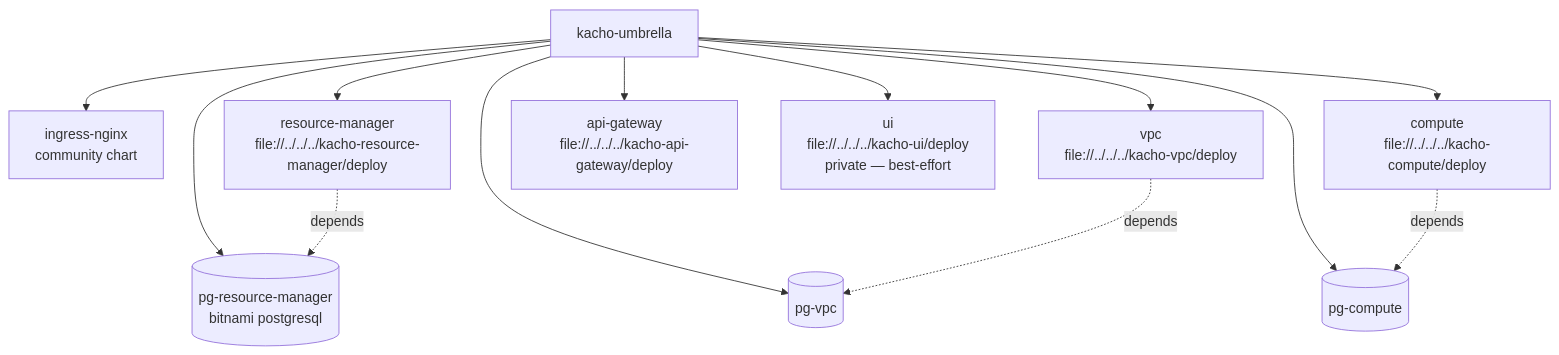
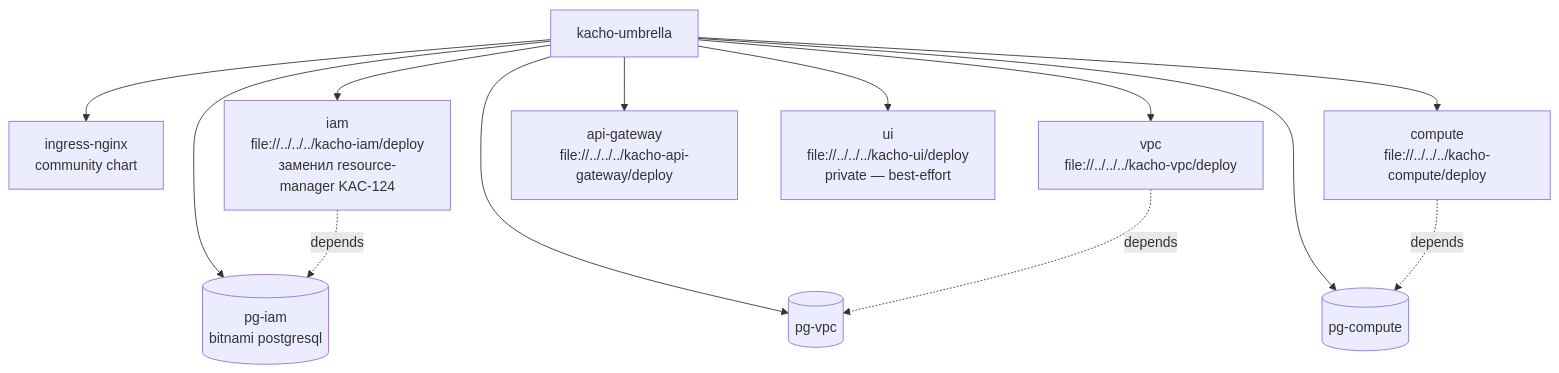
One commit to PRO-Robotech/kacho-workspace changed the second of 2 diagrams in obsidian/kacho/kacho-deploy/stack.md. Above: the diagram before and after it, drawn with Mermaid. The commit also changed other lines of this file and 18 other files, not shown here.

Commit message:
docs(KAC-268): purge stale FolderService/resource-manager refs → iam ProjectService

````diff
--- a/obsidian/kacho/kacho-deploy/stack.md
+++ b/obsidian/kacho/kacho-deploy/stack.md
@@ -45,29 +46,29 @@
 ```mermaid
 graph TD
     umbrella[kacho-umbrella]
     ingress[ingress-nginx<br/>community chart]
 
-    sc_rm[resource-manager<br/>file://../../../kacho-resource-manager/deploy]
+    sc_iam[iam<br/>file://../../../kacho-iam/deploy<br/>заменил resource-manager KAC-124]
     sc_vpc[vpc<br/>file://../../../kacho-vpc/deploy]
     sc_compute[compute<br/>file://../../../kacho-compute/deploy]
     sc_apigw[api-gateway<br/>file://../../../kacho-api-gateway/deploy]
     sc_ui[ui<br/>file://../../../kacho-ui/deploy<br/>private — best-effort]
 
-    pg_rm[(pg-resource-manager<br/>bitnami postgresql)]
+    pg_iam[(pg-iam<br/>bitnami postgresql)]
     pg_vpc[(pg-vpc)]
     pg_compute[(pg-compute)]
 
     umbrella --> ingress
-    umbrella --> pg_rm
+    umbrella --> pg_iam
     umbrella --> pg_vpc
     umbrella --> pg_compute
-    umbrella --> sc_rm
+    umbrella --> sc_iam
     umbrella --> sc_vpc
     umbrella --> sc_compute
     umbrella --> sc_apigw
     umbrella --> sc_ui
 
-    sc_rm -.depends.-> pg_rm
+    sc_iam -.depends.-> pg_iam
     sc_vpc -.depends.-> pg_vpc
     sc_compute -.depends.-> pg_compute
 ```
````
